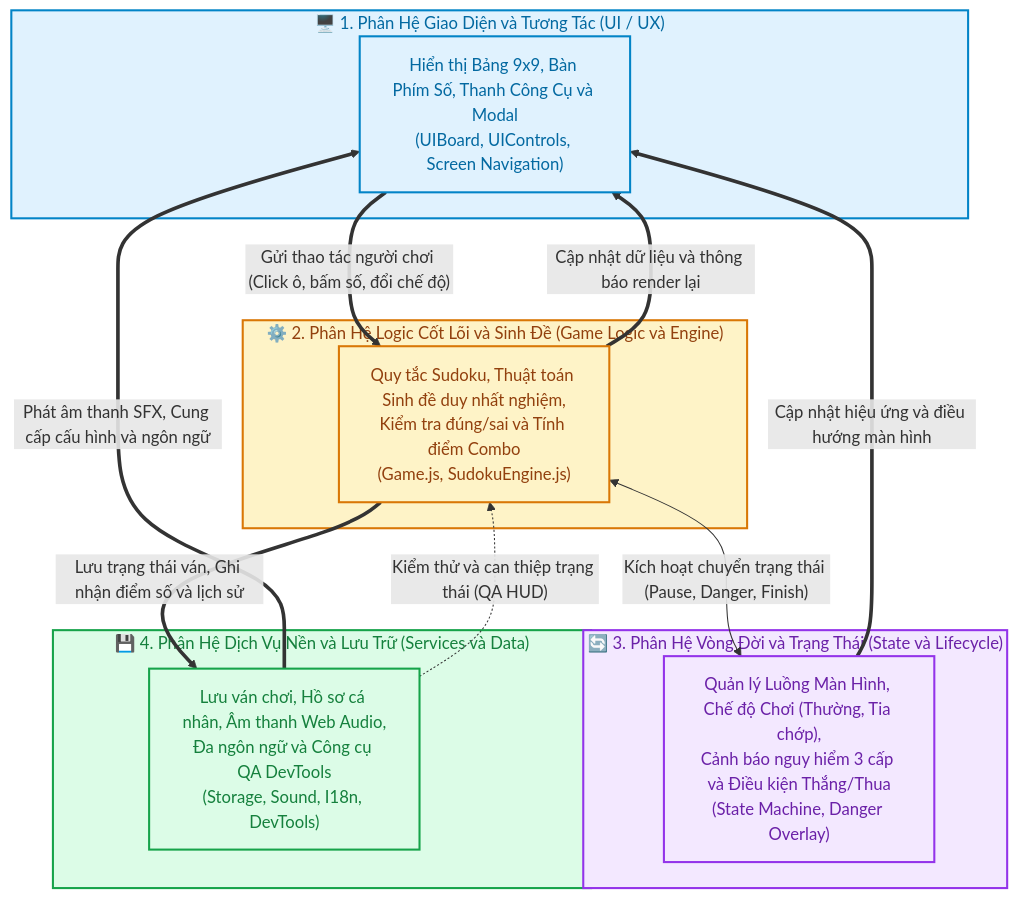
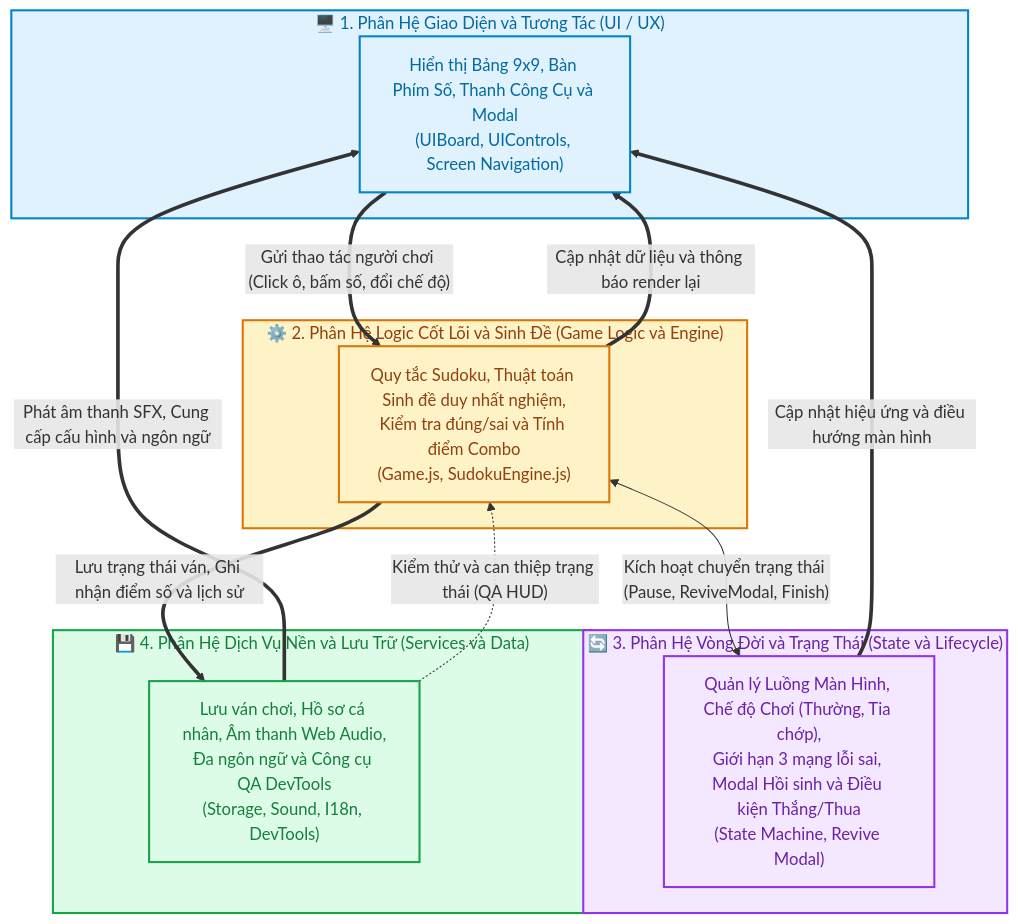
The diagram in docs/README.md (Jhanh/Sudoku_game), drawn with Mermaid before and after one commit. The commit also changed other lines of this file and 15 other files, not shown here.

````diff
--- a/docs/README.md
+++ b/docs/README.md
@@ -13,39 +13,39 @@
 ```mermaid
 flowchart TB
     %% Định nghĩa màu sắc phân hệ
     classDef domainUI fill:#E0F2FE,stroke:#0284C7,stroke-width:2px,color:#0369A1;
     classDef domainLogic fill:#FEF3C7,stroke:#D97706,stroke-width:2px,color:#92400E;
     classDef domainState fill:#F3E8FF,stroke:#9333EA,stroke-width:2px,color:#6B21A8;
     classDef domainService fill:#DCFCE7,stroke:#16A34A,stroke-width:2px,color:#15803D;
 
     subgraph SUB_UI ["🖥️ 1. Phân Hệ Giao Diện và Tương Tác (UI / UX)"]
         UI_BOX["Hiển thị Bảng 9x9, Bàn Phím Số, Thanh Công Cụ và Modal<br/>(UIBoard, UIControls, Screen Navigation)"]
     end
     class SUB_UI,UI_BOX domainUI;
 
     subgraph SUB_LOGIC ["⚙️ 2. Phân Hệ Logic Cốt Lõi và Sinh Đề (Game Logic và Engine)"]
         LOGIC_BOX["Quy tắc Sudoku, Thuật toán Sinh đề duy nhất nghiệm,<br/>Kiểm tra đúng/sai và Tính điểm Combo<br/>(Game.js, SudokuEngine.js)"]
     end
     class SUB_LOGIC,LOGIC_BOX domainLogic;
 
     subgraph SUB_STATE ["🔄 3. Phân Hệ Vòng Đời và Trạng Thái (State và Lifecycle)"]
-        STATE_BOX["Quản lý Luồng Màn Hình, Chế độ Chơi (Thường, Tia chớp),<br/>Cảnh báo nguy hiểm 3 cấp và Điều kiện Thắng/Thua<br/>(State Machine, Danger Overlay)"]
+        STATE_BOX["Quản lý Luồng Màn Hình, Chế độ Chơi (Thường, Tia chớp),<br/>Giới hạn 3 mạng lỗi sai, Modal Hồi sinh và Điều kiện Thắng/Thua<br/>(State Machine, Revive Modal)"]
     end
     class SUB_STATE,STATE_BOX domainState;
 
     subgraph SUB_SERV ["💾 4. Phân Hệ Dịch Vụ Nền và Lưu Trữ (Services và Data)"]
         SERV_BOX["Lưu ván chơi, Hồ sơ cá nhân, Âm thanh Web Audio,<br/>Đa ngôn ngữ và Công cụ QA DevTools<br/>(Storage, Sound, I18n, DevTools)"]
     end
     class SUB_SERV,SERV_BOX domainService;
 
     %% Luồng liên kết giữa các phân hệ
     UI_BOX ==>|"Gửi thao tác người chơi (Click ô, bấm số, đổi chế độ)"| LOGIC_BOX
     LOGIC_BOX ==>|"Cập nhật dữ liệu và thông báo render lại"| UI_BOX
 
-    LOGIC_BOX <-->|"Kích hoạt chuyển trạng thái (Pause, Danger, Finish)"| STATE_BOX
+    LOGIC_BOX <-->|"Kích hoạt chuyển trạng thái (Pause, ReviveModal, Finish)"| STATE_BOX
     STATE_BOX ==>|"Cập nhật hiệu ứng và điều hướng màn hình"| UI_BOX
 
     LOGIC_BOX ==>|"Lưu trạng thái ván, Ghi nhận điểm số và lịch sử"| SERV_BOX
     SERV_BOX ==>|"Phát âm thanh SFX, Cung cấp cấu hình và ngôn ngữ"| UI_BOX
     SERV_BOX -. "Kiểm thử và can thiệp trạng thái (QA HUD)" .-> LOGIC_BOX
 ```
````
